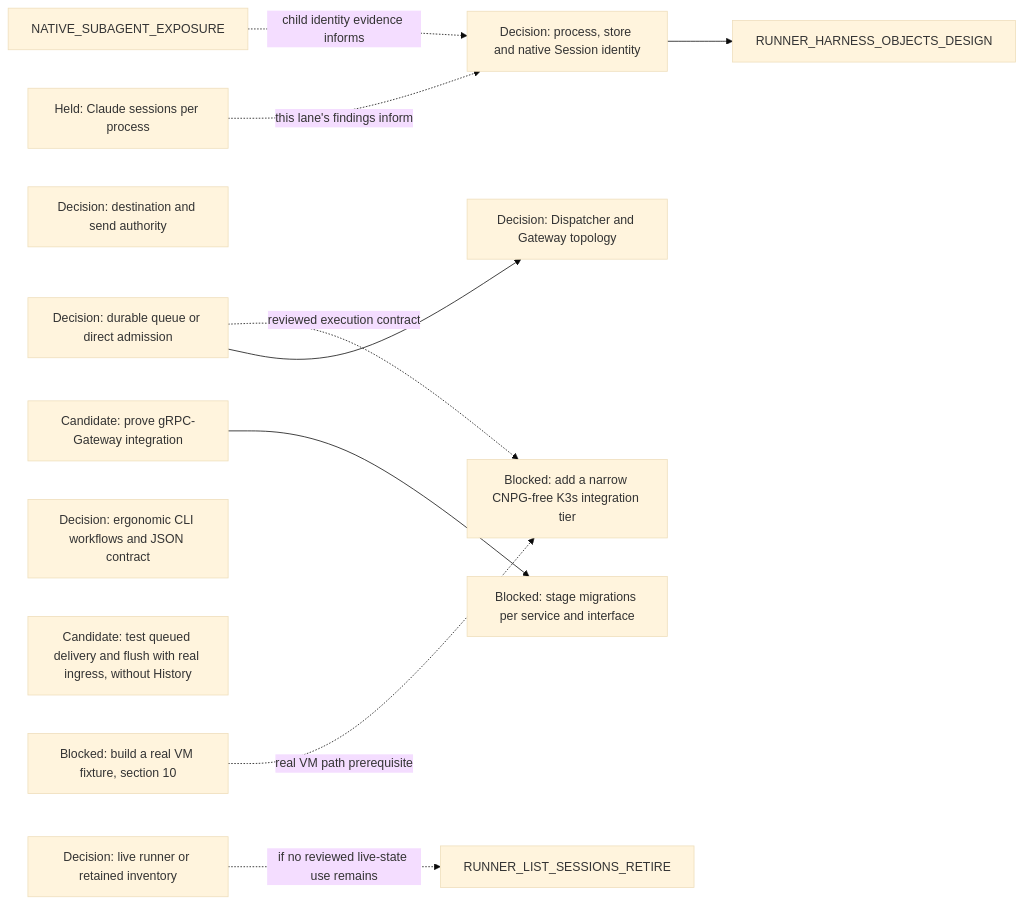
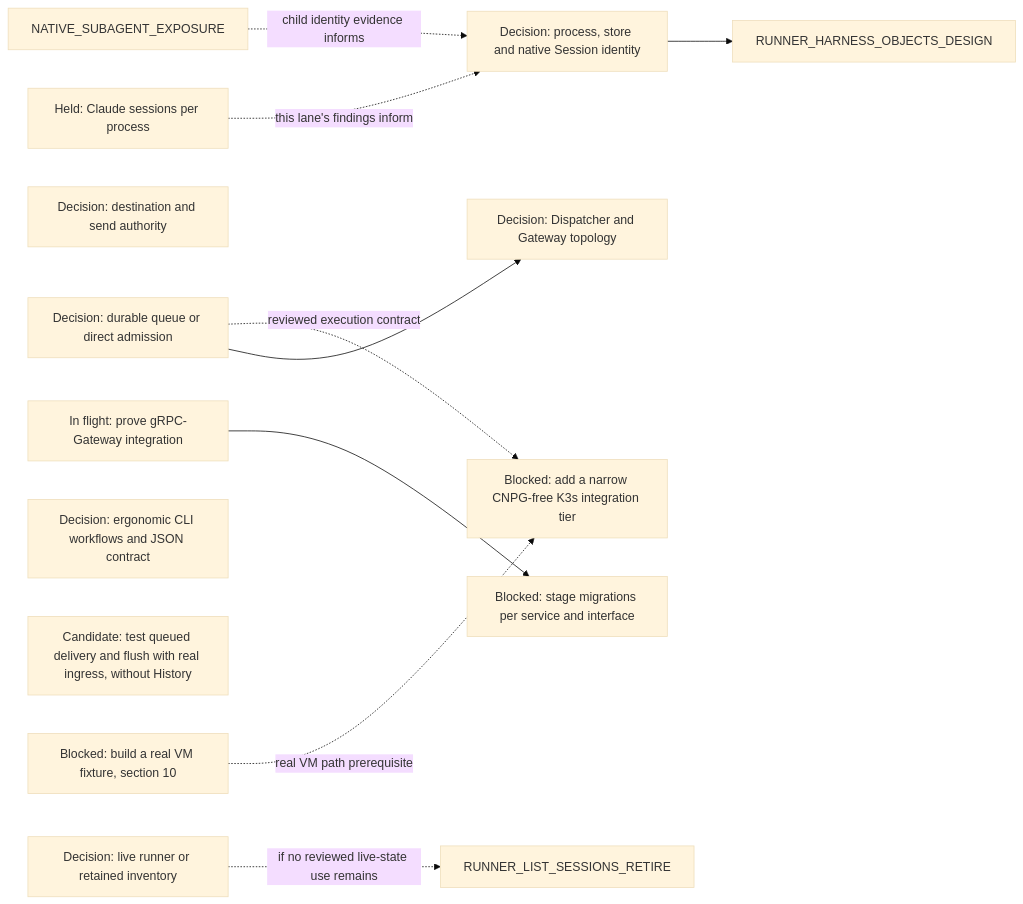
Diagram 17 of 17 in agentplane/plans/task_dag.md (agentydragon-agent/ducktape), drawn with Mermaid (base theme) before and after one commit. The commit also changed other lines of this file and 7 other files, not shown here.

First line of the commit message:
Spike: generated HTTP JSON facade with grpc-gateway (#10662)

````diff
--- a/agentplane/plans/task_dag.md
+++ b/agentplane/plans/task_dag.md
@@ -1488,23 +1488,23 @@
 ```mermaid
 flowchart LR
     DISPATCHER_PERSISTENCE_MODEL_DESIGN[Decision: durable queue or direct admission]
     DISPATCHER_GATEWAY_TOPOLOGY_DESIGN[Decision: Dispatcher and Gateway topology]
     RUNNER_INVENTORY_AUTHORITY_DESIGN[Decision: live runner or retained inventory]
     DELIVERY_DESTINATION_AUTHORITY_DESIGN[Decision: destination and send authority]
     CLAUDE_STREAM_SESSION_MULTIPLEXING[Held: Claude sessions per process]
     HARNESS_IDENTITY_DESIGN[Decision: process, store and native Session identity]
-    HTTP_JSON_FACADE_TOOLING_SPIKE[Candidate: prove gRPC-Gateway integration]
+    HTTP_JSON_FACADE_TOOLING_SPIKE[In flight: prove gRPC-Gateway integration]
     SERVICE_API_TRANSPORT_MIGRATIONS[Blocked: stage migrations per service and interface]
     AGENT_API_TOOLING_DESIGN[Decision: ergonomic CLI workflows and JSON contract]
     RUNNER_DELIVERY_INGRESS_ACCEPTANCE[Candidate: test queued delivery and flush with real ingress, without History]
     CNPG_FREE_K3S_INTEGRATION_TIER[Blocked: add a narrow CNPG-free K3s integration tier]
     K3S_VM_IMAGE[Blocked: build a real VM fixture, section 10]
     DISPATCHER_PERSISTENCE_MODEL_DESIGN --> DISPATCHER_GATEWAY_TOPOLOGY_DESIGN
     RUNNER_INVENTORY_AUTHORITY_DESIGN -. if no reviewed live-state use remains .-> RUNNER_LIST_SESSIONS_RETIRE
     CLAUDE_STREAM_SESSION_MULTIPLEXING -. this lane's findings inform .-> HARNESS_IDENTITY_DESIGN
     NATIVE_SUBAGENT_EXPOSURE -. child identity evidence informs .-> HARNESS_IDENTITY_DESIGN
     HARNESS_IDENTITY_DESIGN --> RUNNER_HARNESS_OBJECTS_DESIGN
     HTTP_JSON_FACADE_TOOLING_SPIKE --> SERVICE_API_TRANSPORT_MIGRATIONS
     DISPATCHER_PERSISTENCE_MODEL_DESIGN -. reviewed execution contract .-> CNPG_FREE_K3S_INTEGRATION_TIER
     K3S_VM_IMAGE -. real VM path prerequisite .-> CNPG_FREE_K3S_INTEGRATION_TIER
 ```
````
